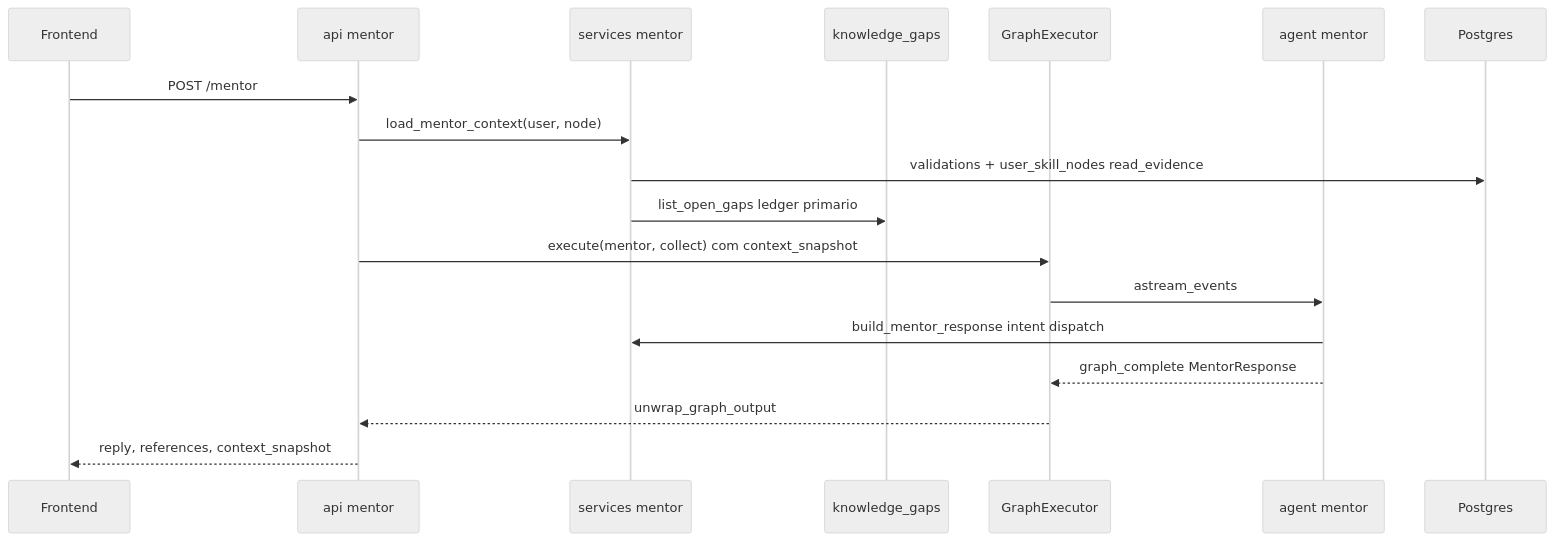
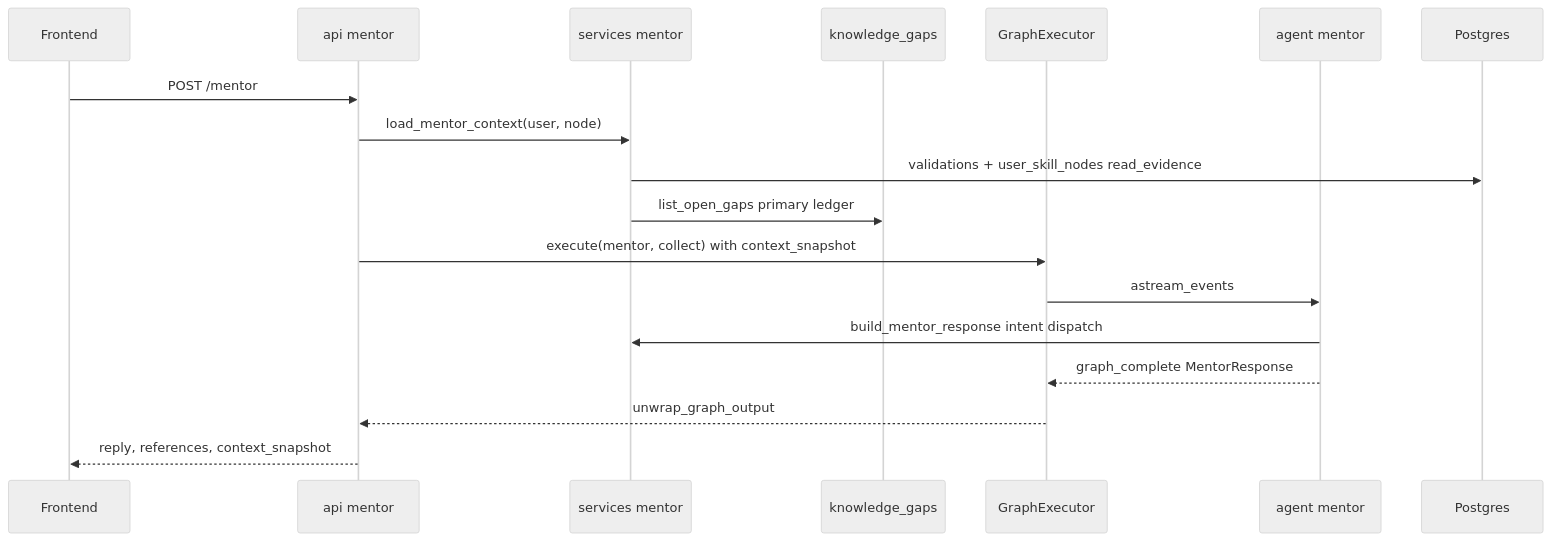
The seventh of 9 diagrams in docs/ARCHITECTURE.md (BorderlessCodingHub/career-forge-v2), drawn with Mermaid (neutral theme) before and after one commit. The commit also changed other lines of this file and 24 other files, not shown here.

````diff
--- a/docs/ARCHITECTURE.md
+++ b/docs/ARCHITECTURE.md
@@ -367,21 +367,21 @@
 ```mermaid
 sequenceDiagram
   participant FE as Frontend
   participant R as api mentor
   participant SM as services mentor
   participant KG as knowledge_gaps
   participant EX as GraphExecutor
   participant AG as agent mentor
   participant DB as Postgres
 
   FE->>R: POST /mentor
   R->>SM: load_mentor_context(user, node)
   SM->>DB: validations + user_skill_nodes read_evidence
-  SM->>KG: list_open_gaps ledger primario
-  R->>EX: execute(mentor, collect) com context_snapshot
+  SM->>KG: list_open_gaps primary ledger
+  R->>EX: execute(mentor, collect) with context_snapshot
   EX->>AG: astream_events
   AG->>SM: build_mentor_response intent dispatch
   AG-->>EX: graph_complete MentorResponse
   EX-->>R: unwrap_graph_output
   R-->>FE: reply, references, context_snapshot
 ```
````
